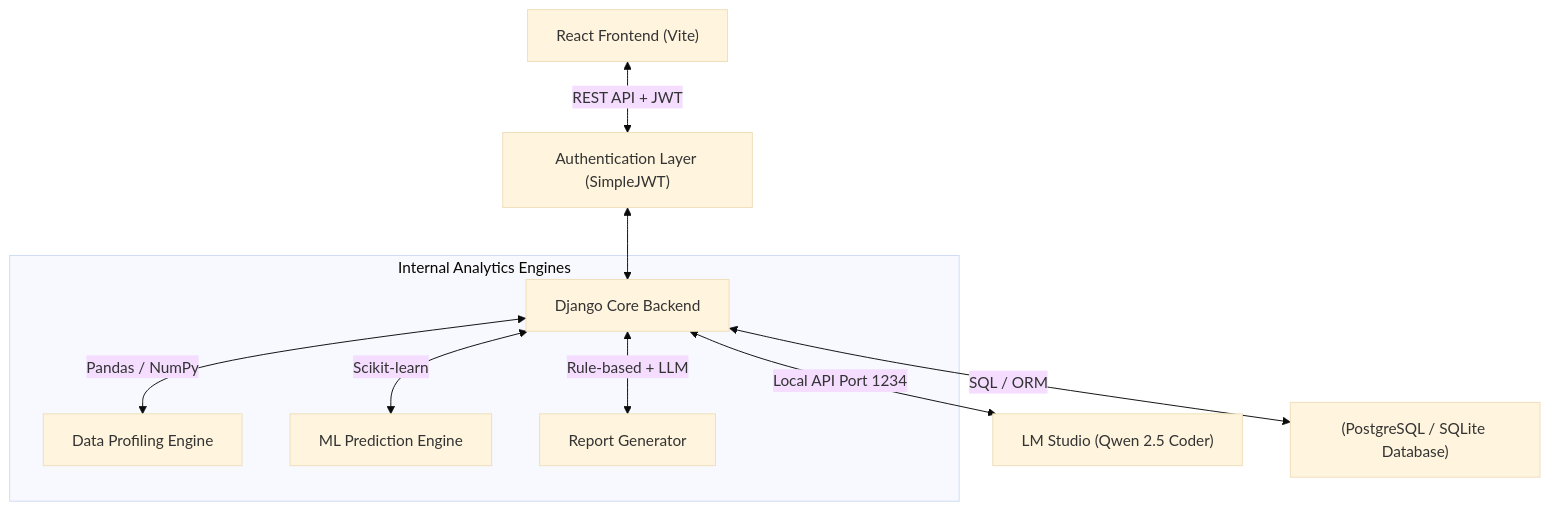
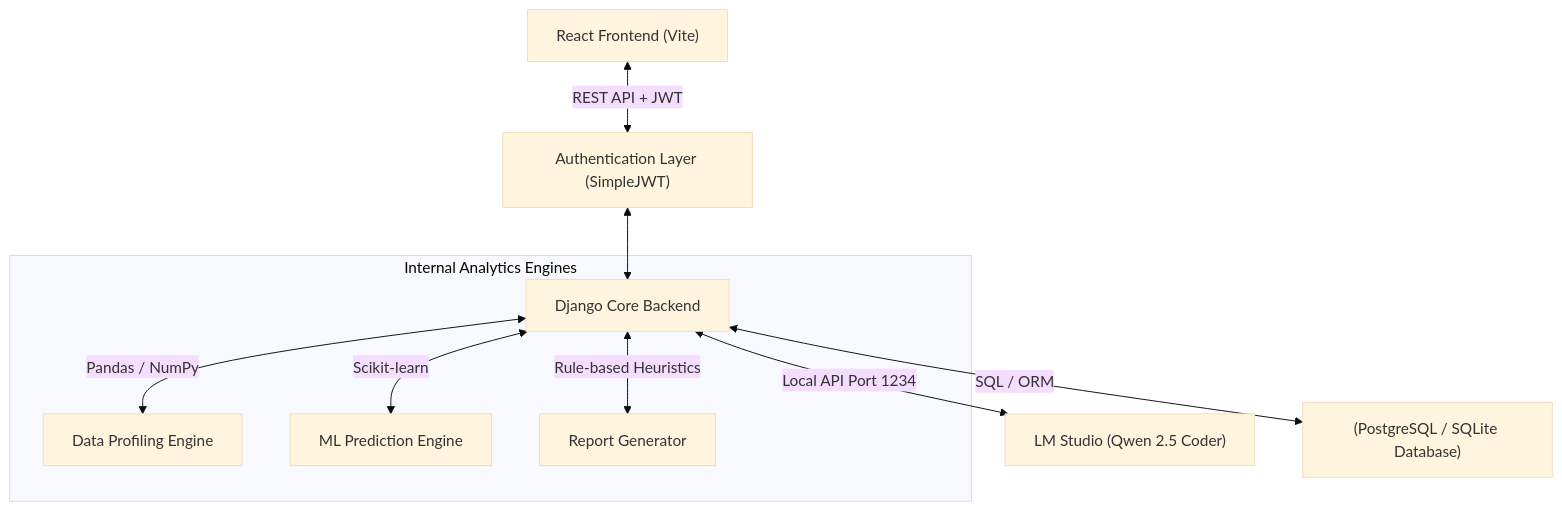
One commit to arththakkar1/insight-flow-web-app changed the diagram in doc/reference/backend-architecture.md. Above: the diagram before and after it, drawn with Mermaid (base theme). The commit also changed other lines of this file and 19 other files, not shown here.

````diff
--- a/doc/reference/backend-architecture.md
+++ b/doc/reference/backend-architecture.md
@@ -9,14 +9,14 @@
 ```mermaid
 graph TD
     A["React Frontend (Vite)"] <-->|"REST API + JWT"| Auth["Authentication Layer (SimpleJWT)"]
     Auth <--> B["Django Core Backend"]
     
     subgraph "Internal Analytics Engines"
         B <-->|"Pandas / NumPy"| C["Data Profiling Engine"]
         B <-->|"Scikit-learn"| ML["ML Prediction Engine"]
-        B <-->|"Rule-based + LLM"| R["Report Generator"]
+        B <-->|"Rule-based Heuristics"| R["Report Generator"]
     end
     
     B <-->|"Local API Port 1234"| D["LM Studio (Qwen 2.5 Coder)"]
     B <-->|"SQL / ORM"| E["(PostgreSQL / SQLite Database)"]
 ```
````
